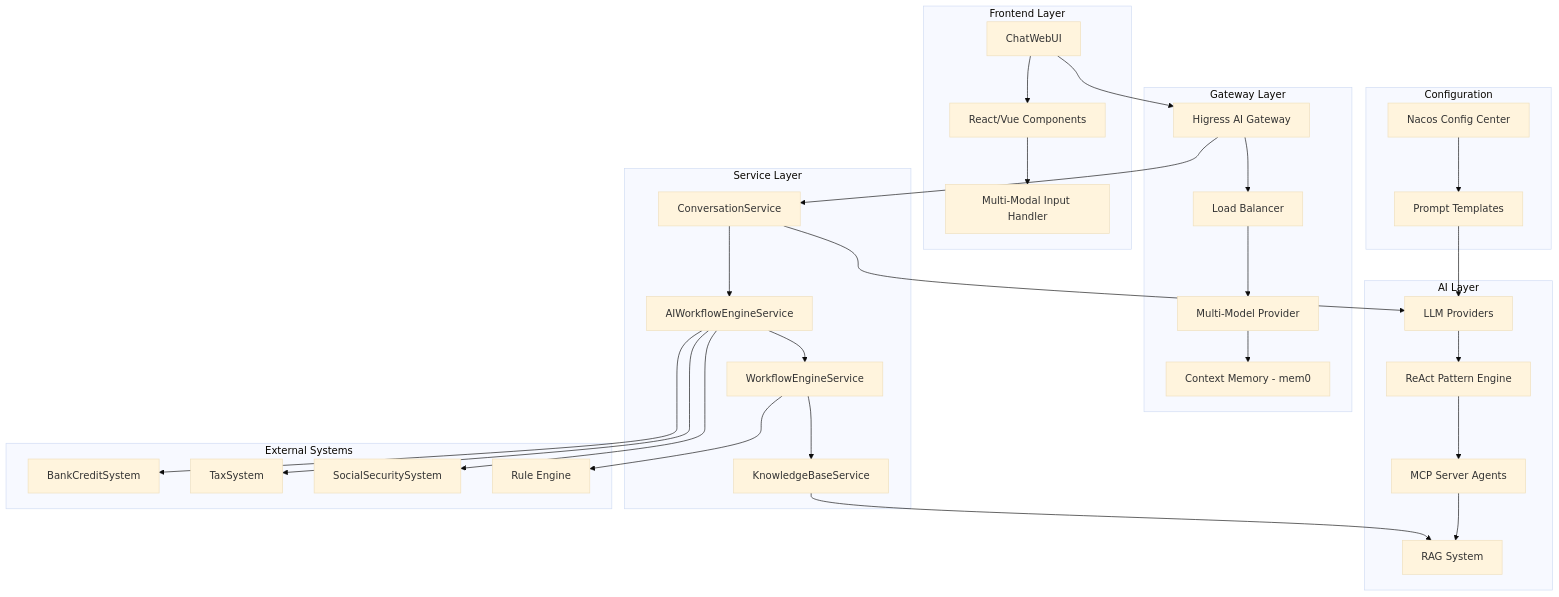
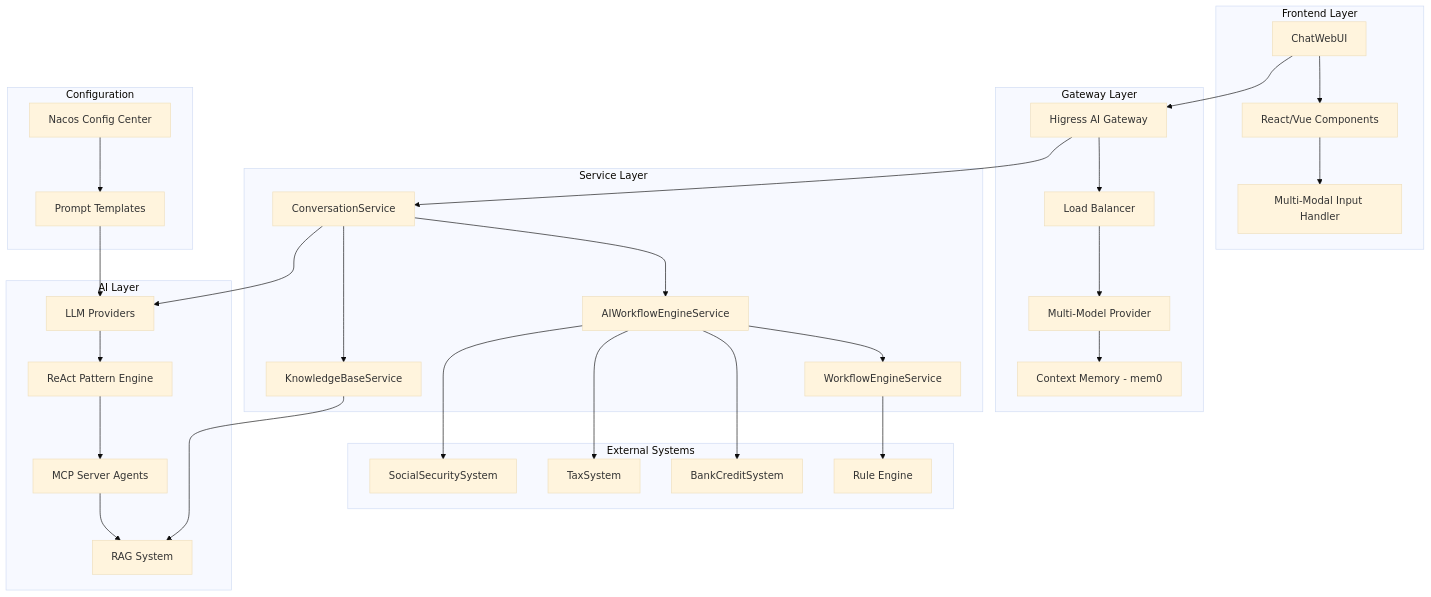
One commit to shayne007/blog changed the first of 2 diagrams in source/_posts/Design-FinTech-AI-Workflow-and-Chat-System.md. Above: the diagram before and after it, drawn with Mermaid (base theme).

Commit message:
update ai agent

```diff
--- a/source/_posts/Design-FinTech-AI-Workflow-and-Chat-System.md
+++ b/source/_posts/Design-FinTech-AI-Workflow-and-Chat-System.md
@@ -29,47 +29,47 @@
 {% mermaid flowchart TB %}
     subgraph "Frontend Layer"
         A[ChatWebUI] --> B[React/Vue Components]
         B --> C[Multi-Modal Input Handler]
     end
     
     subgraph "Gateway Layer"
         D[Higress AI Gateway] --> E[Load Balancer]
         E --> F[Multi-Model Provider]
         F --> G[Context Memory - mem0]
     end
     
     subgraph "Service Layer"
         H[ConversationService] --> I[AIWorkflowEngineService]
         I --> J[WorkflowEngineService]
-        J --> K[KnowledgeBaseService]
+        H --> K[KnowledgeBaseService]
     end
     
     subgraph "AI Layer"
         L[LLM Providers] --> M[ReAct Pattern Engine]
         M --> N[MCP Server Agents]
         N --> O[RAG System]
     end
     
     subgraph "External Systems"
         P[BankCreditSystem]
         Q[TaxSystem]
         R[SocialSecuritySystem]
         S[Rule Engine]
     end
     
     subgraph "Configuration"
         T[Nacos Config Center]
         U[Prompt Templates]
     end
     
     A --> D
     D --> H
     H --> L
     I --> P
     I --> Q
     I --> R
     J --> S
     K --> O
     T --> U
     U --> L
 {% endmermaid %}
```
